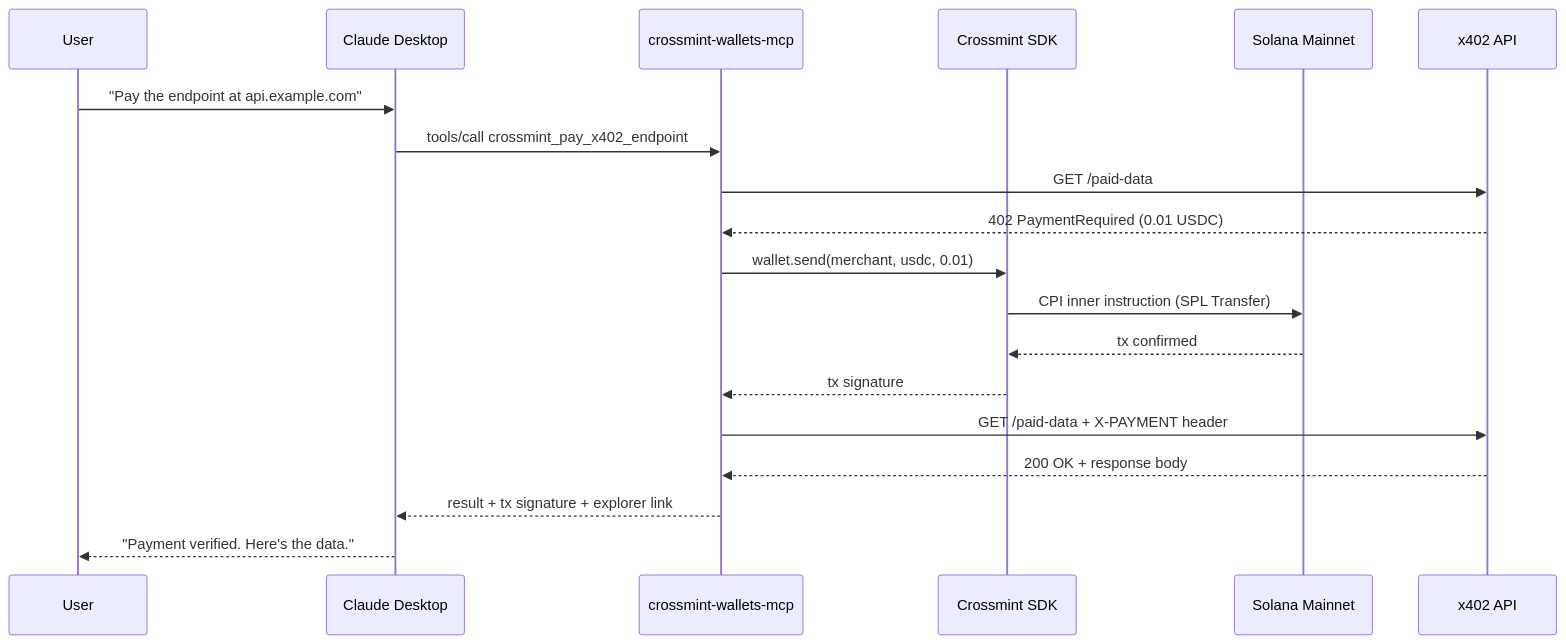
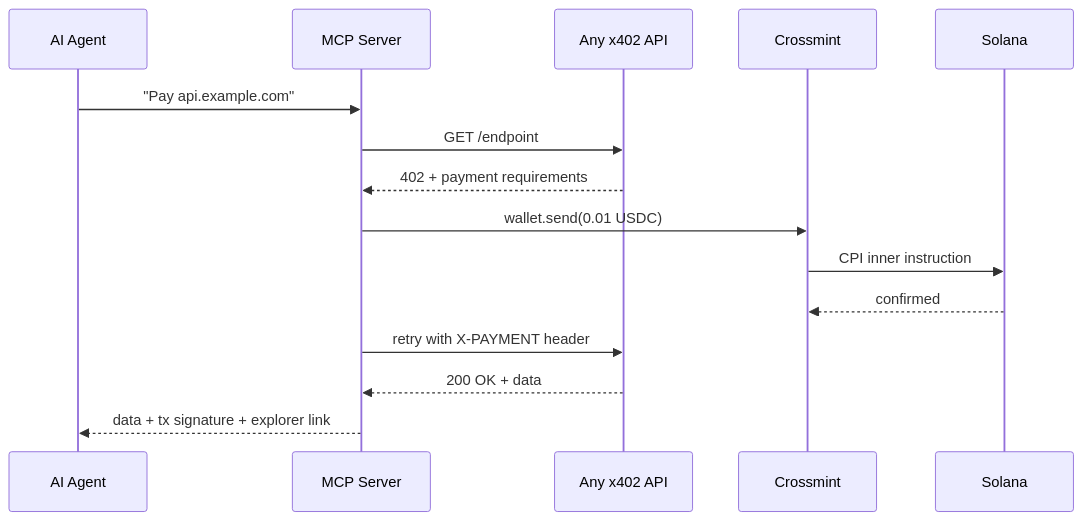
The second of 3 diagrams in README.md (0xultravioleta/crossmint-wallets-mcp), drawn with Mermaid before and after one commit. The commit also changed other lines of this file, not shown here.

````diff
--- a/README.md
+++ b/README.md
@@ -27,22 +66,18 @@
 ```mermaid
 sequenceDiagram
-    participant User
-    participant Claude as Claude Desktop
-    participant MCP as crossmint-wallets-mcp
-    participant CM as Crossmint SDK
-    participant Sol as Solana Mainnet
-    participant API as x402 API
+    participant Agent as AI Agent
+    participant MCP as MCP Server
+    participant API as Any x402 API
+    participant CM as Crossmint
+    participant Sol as Solana
 
-    User->>Claude: "Pay the endpoint at api.example.com"
-    Claude->>MCP: tools/call crossmint_pay_x402_endpoint
-    MCP->>API: GET /paid-data
-    API-->>MCP: 402 PaymentRequired (0.01 USDC)
-    MCP->>CM: wallet.send(merchant, usdc, 0.01)
-    CM->>Sol: CPI inner instruction (SPL Transfer)
-    Sol-->>CM: tx confirmed
-    CM-->>MCP: tx signature
-    MCP->>API: GET /paid-data + X-PAYMENT header
-    API-->>MCP: 200 OK + response body
-    MCP-->>Claude: result + tx signature + explorer link
-    Claude-->>User: "Payment verified. Here's the data."
+    Agent->>MCP: "Pay api.example.com"
+    MCP->>API: GET /endpoint
+    API-->>MCP: 402 + payment requirements
+    MCP->>CM: wallet.send(0.01 USDC)
+    CM->>Sol: CPI inner instruction
+    Sol-->>CM: confirmed
+    MCP->>API: retry with X-PAYMENT header
+    API-->>MCP: 200 OK + data
+    MCP-->>Agent: data + tx signature + explorer link
 ```
````
